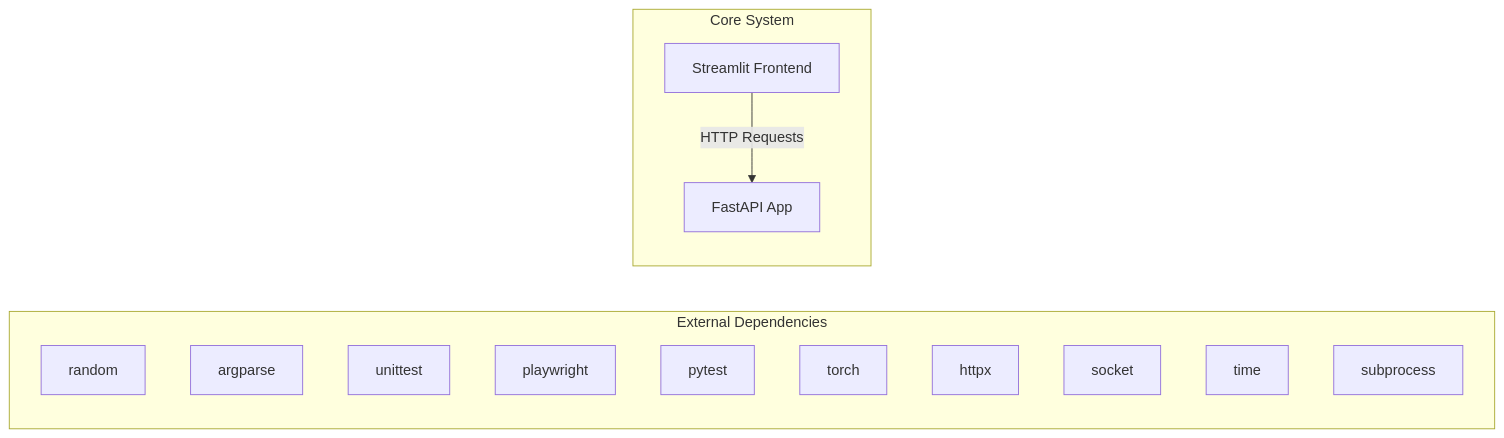
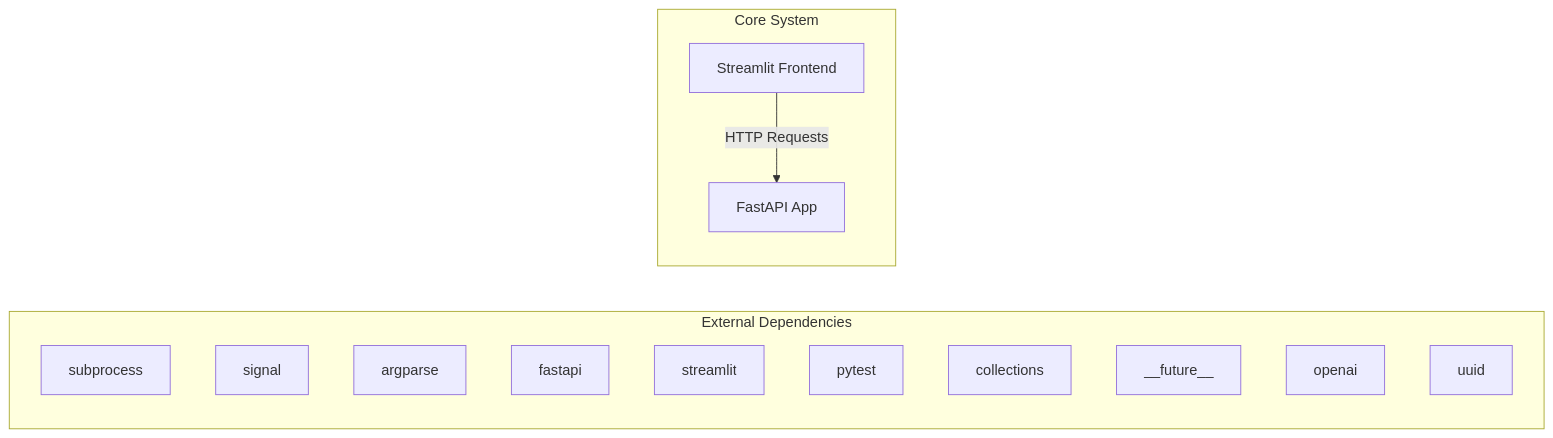
The first of 2 diagrams in docs/architecture.md (NITISH-R-G/rag-context-optimizer), drawn with Mermaid before and after one commit. The commit also changed 1 other file, not shown here.

Commit message:
docs: auto-update repository knowledge, architecture diagrams, and documentation

````diff
--- a/docs/architecture.md
+++ b/docs/architecture.md
@@ -7,20 +7,20 @@
 ```mermaid
 graph LR
     subgraph External Dependencies
-        E0["random"]
-        E1["argparse"]
-        E2["unittest"]
-        E3["playwright"]
-        E4["pytest"]
-        E5["torch"]
-        E6["httpx"]
-        E7["socket"]
-        E8["time"]
-        E9["subprocess"]
+        E0["subprocess"]
+        E1["signal"]
+        E2["argparse"]
+        E3["fastapi"]
+        E4["streamlit"]
+        E5["pytest"]
+        E6["collections"]
+        E7["__future__"]
+        E8["openai"]
+        E9["uuid"]
     end
     subgraph Core System
         API["FastAPI App"]
         UI["Streamlit Frontend"]
     end
     UI -->|HTTP Requests| API
 ```
````
